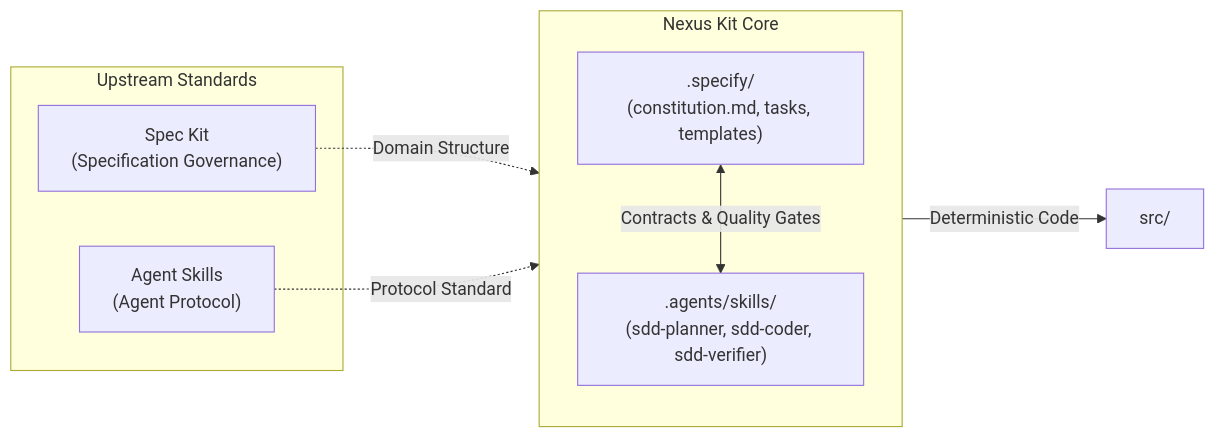
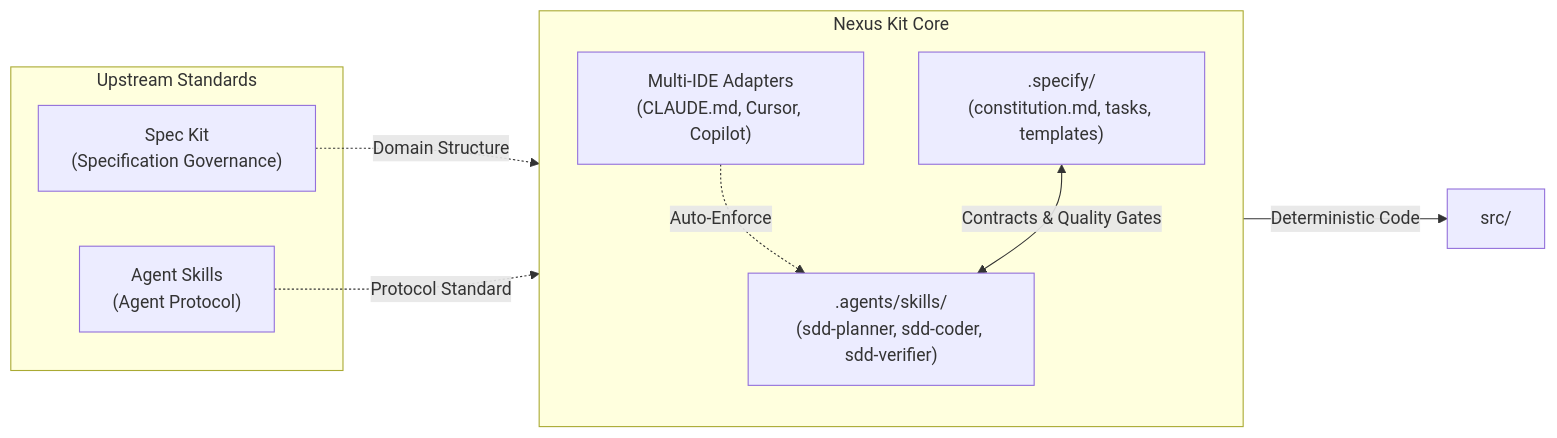
The diagram in README.md (TranHuuQuyet/nexus-kit), drawn with Mermaid before and after one commit. The commit also changed other lines of this file and 13 other files, not shown here.

Commit message:
feat: add multi-IDE adapters, production-grade SDD skills, and CLI --doctor diagnostics (v1.2.0)

````diff
--- a/README.md
+++ b/README.md
@@ -33,19 +33,21 @@
 ```mermaid
 flowchart LR
     subgraph Upstream["Upstream Standards"]
         SK["Spec Kit\n(Specification Governance)"]
         AS["Agent Skills\n(Agent Protocol)"]
     end
 
     subgraph NexusKit["Nexus Kit Core"]
         direction TB
         SpecDir[".specify/\n(constitution.md, tasks, templates)"]
         SkillsDir[".agents/skills/\n(sdd-planner, sdd-coder, sdd-verifier)"]
+        Adapters["Multi-IDE Adapters\n(CLAUDE.md, Cursor, Copilot)"]
     end
 
     SK -. "Domain Structure" .-> SpecDir
     AS -. "Protocol Standard" .-> SkillsDir
+    Adapters -. "Auto-Enforce" .-> SkillsDir
 
     SpecDir <-->|"Contracts & Quality Gates"| SkillsDir
     SkillsDir -->|"Deterministic Code"| Src["src/"]
 ```
````
